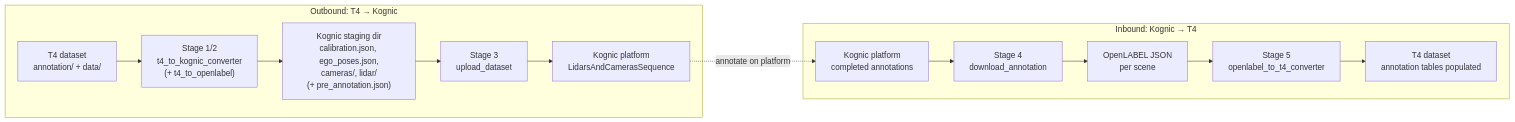
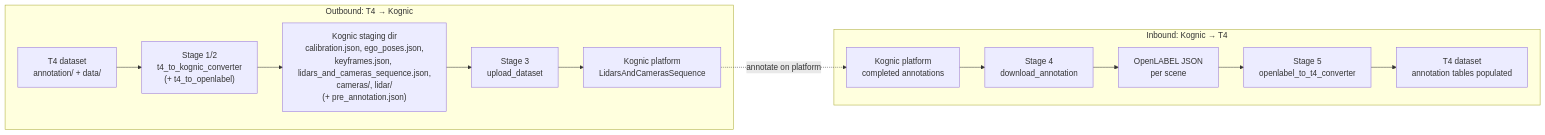
The first of 8 diagrams in docs/tier_iv_t4_extractor_to_kognic.md (tier4/tier4_perception_dataset), drawn with Mermaid before and after one commit. The commit also changed other lines of this file and 3 other files, not shown here.

````diff
--- a/docs/tier_iv_t4_extractor_to_kognic.md
+++ b/docs/tier_iv_t4_extractor_to_kognic.md
@@ -32,20 +32,20 @@
 ```mermaid
 flowchart LR
   subgraph Outbound["Outbound: T4 → Kognic"]
     T4["T4 dataset<br/>annotation/ + data/"]
     Stage1["Stage 1/2<br/>t4_to_kognic_converter<br/>(+ t4_to_openlabel)"]
-    Staging["Kognic staging dir<br/>calibration.json, ego_poses.json,<br/>cameras/, lidar/<br/>(+ pre_annotation.json)"]
+    Staging["Kognic staging dir<br/>calibration.json, ego_poses.json,<br/>keyframes.json, lidars_and_cameras_sequence.json,<br/>cameras/, lidar/<br/>(+ pre_annotation.json)"]
     Stage3["Stage 3<br/>upload_dataset"]
     Kognic["Kognic platform<br/>LidarsAndCamerasSequence"]
     T4 --> Stage1 --> Staging --> Stage3 --> Kognic
   end
   subgraph Inbound["Inbound: Kognic → T4"]
     Kognic2["Kognic platform<br/>completed annotations"]
     Stage4["Stage 4<br/>download_annotation"]
     OL["OpenLABEL JSON<br/>per scene"]
     Stage5["Stage 5<br/>openlabel_to_t4_converter"]
     T4out["T4 dataset<br/>annotation tables populated"]
     Kognic2 --> Stage4 --> OL --> Stage5 --> T4out
   end
   Kognic -. "annotate on platform" .-> Kognic2
 ```
````
